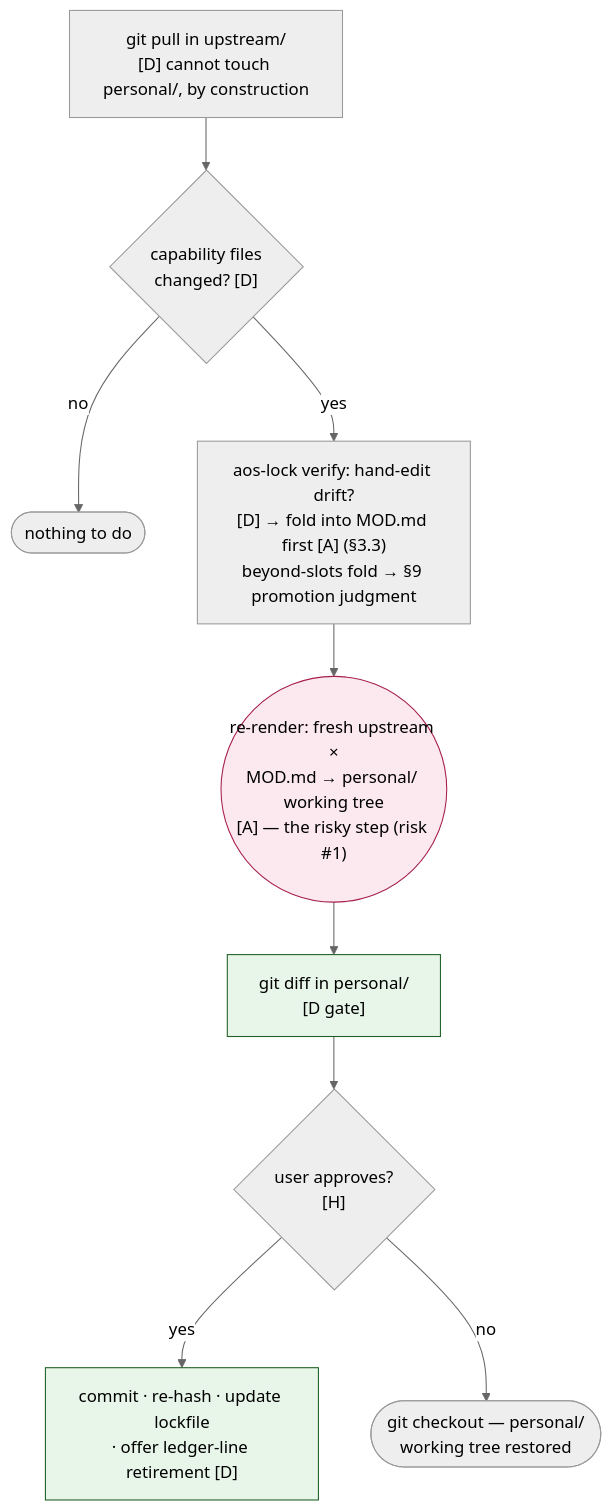
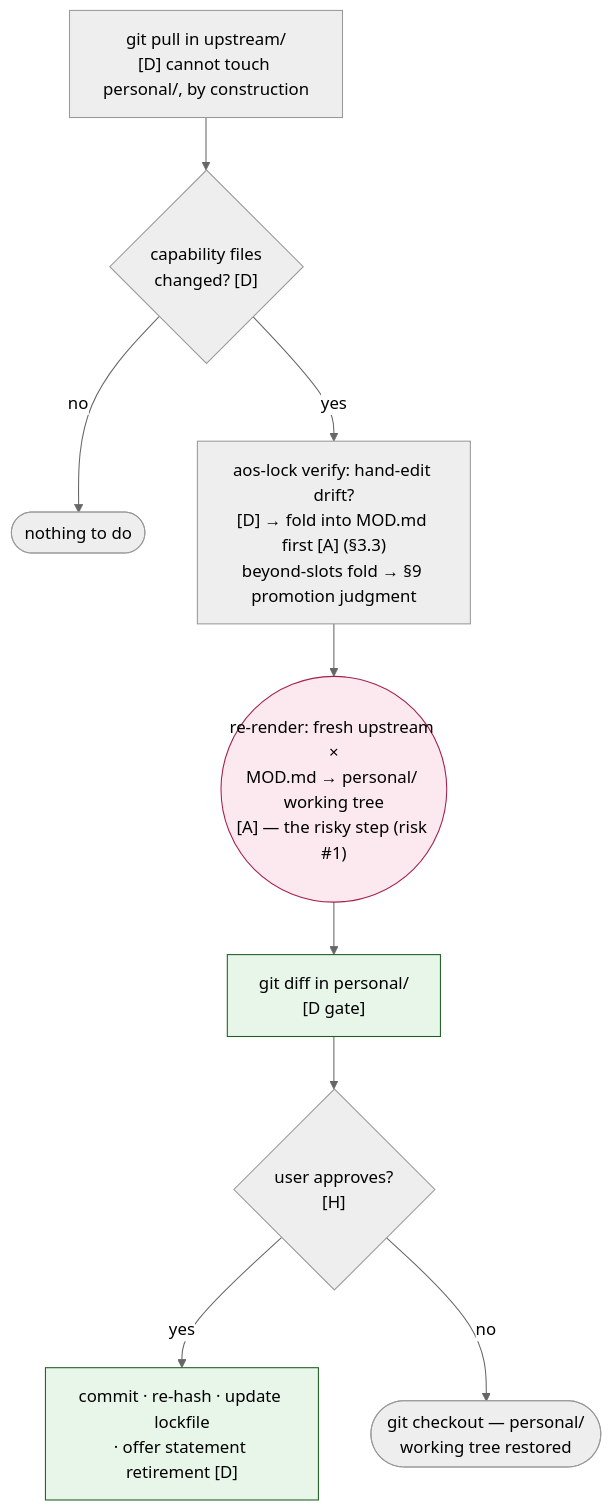
Before and after one commit to AlmogBaku/aos: the second of 2 diagrams in design/install-flow.md, drawn with Mermaid (neutral theme). The commit also changed other lines of this file and 4 other files, not shown here.

````diff
--- a/design/install-flow.md
+++ b/design/install-flow.md
@@ -61,15 +61,15 @@
 ```mermaid
 flowchart TB
     A["git pull in upstream/<br/>[D] cannot touch personal/, by construction"] --> B{"capability files<br/>changed? [D]"}
     B -->|no| Z(["nothing to do"])
     B -->|yes| V["aos-lock verify: hand-edit drift?<br/>[D] → fold into MOD.md first [A] (§3.3)<br/>beyond-slots fold → §9 promotion judgment"]
     V --> M(("re-render: fresh upstream ×<br/>MOD.md → personal/ working tree<br/>[A] — the risky step (risk #1)"))
     M --> D["git diff in personal/<br/>[D gate]"]
     D --> Q{"user approves?<br/>[H]"}
-    Q -->|yes| W["commit · re-hash · update lockfile<br/>· offer ledger-line retirement [D]"]
+    Q -->|yes| W["commit · re-hash · update lockfile<br/>· offer statement retirement [D]"]
     Q -->|no| K(["git checkout — personal/<br/>working tree restored"])
 
     style M fill:#FCE9EF,stroke:#A61E4D
     style D fill:#E8F5E9,stroke:#1B5E20
     style W fill:#E8F5E9,stroke:#1B5E20
 ```
````
